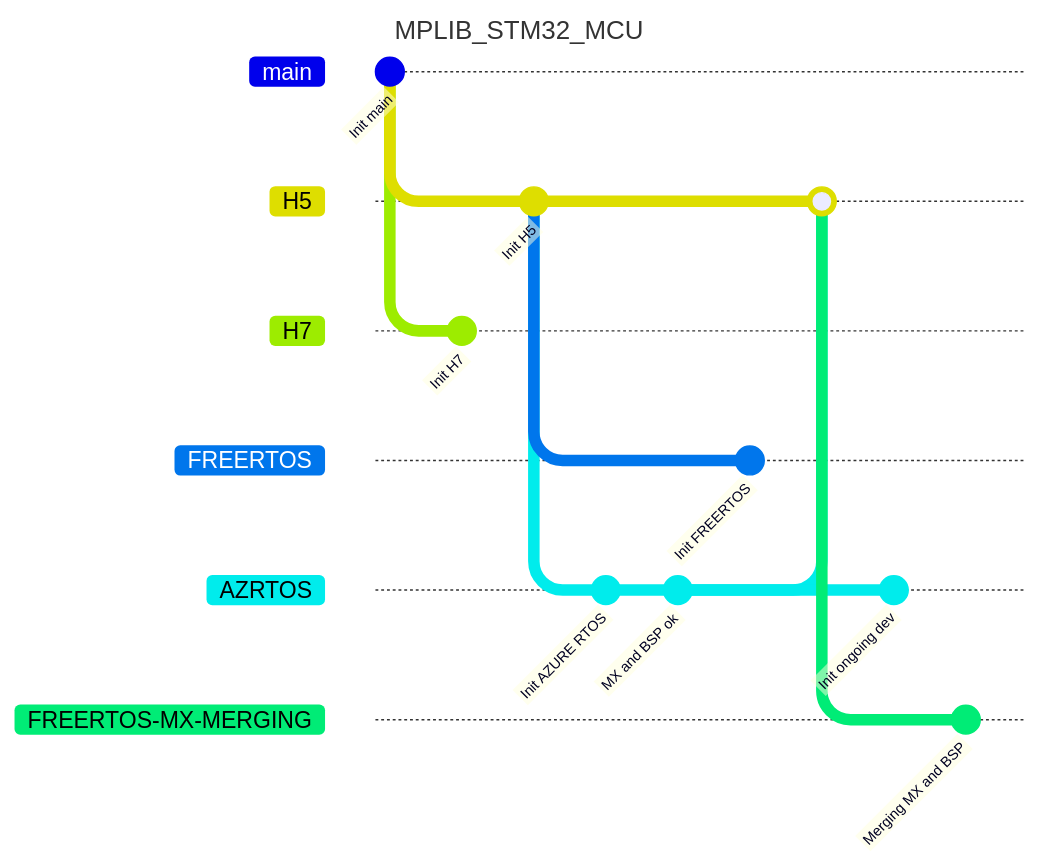
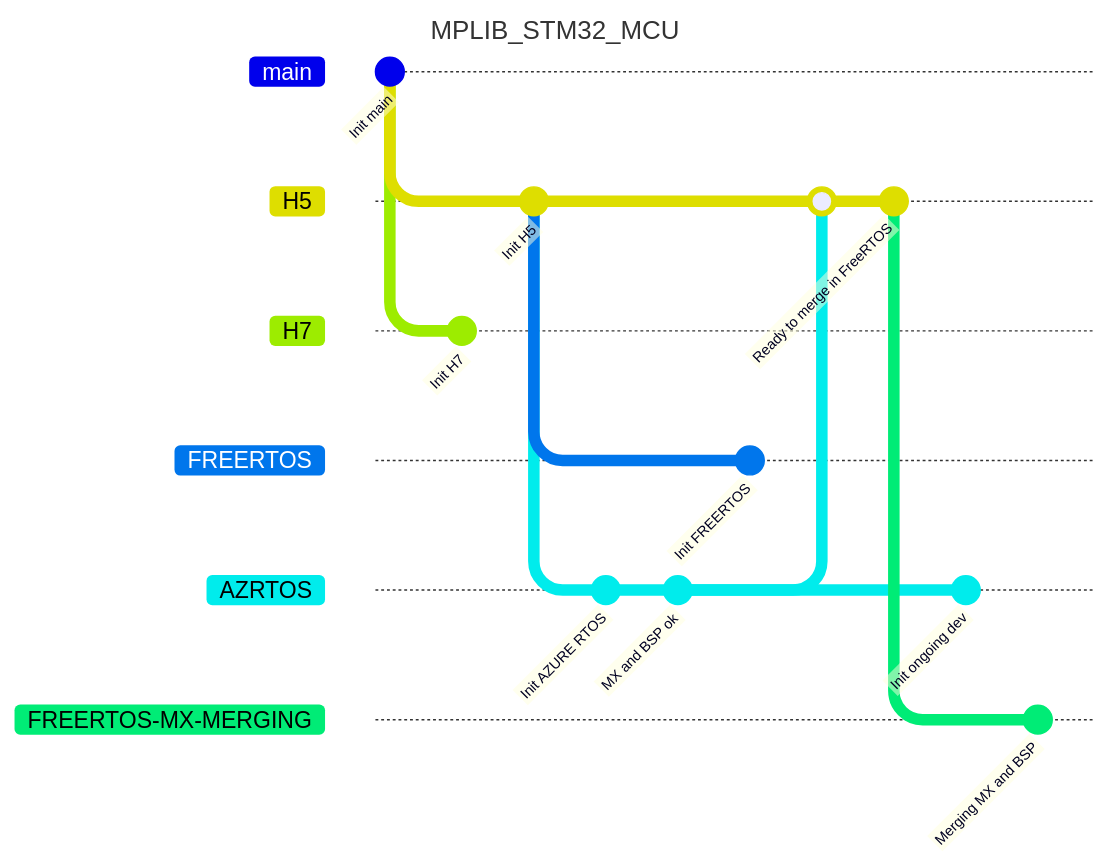
The second of 4 diagrams in README.md (packetqc/MPLIB), drawn with Mermaid before and after one commit.

````diff
--- a/README.md
+++ b/README.md
@@ -66,25 +66,26 @@
 ```mermaid
 ---
 title: MPLIB_STM32_MCU
 ---
 gitGraph
 commit id: "Init main"
 branch H5
 branch H7
 commit id: "Init H7"
 checkout H5
 commit id: "Init H5"
 branch FREERTOS
 branch AZRTOS
 commit id: "Init AZURE RTOS"
 commit id: "MX and BSP ok"
 checkout FREERTOS
 commit id: "Init FREERTOS"
 checkout H5
 merge AZRTOS
+commit id: "Ready to merge in FreeRTOS"
 checkout AZRTOS
 commit id: "Init ongoing dev"
 checkout H5
 branch FREERTOS-MX-MERGING
 commit id: "Merging MX and BSP"
 ```
````
